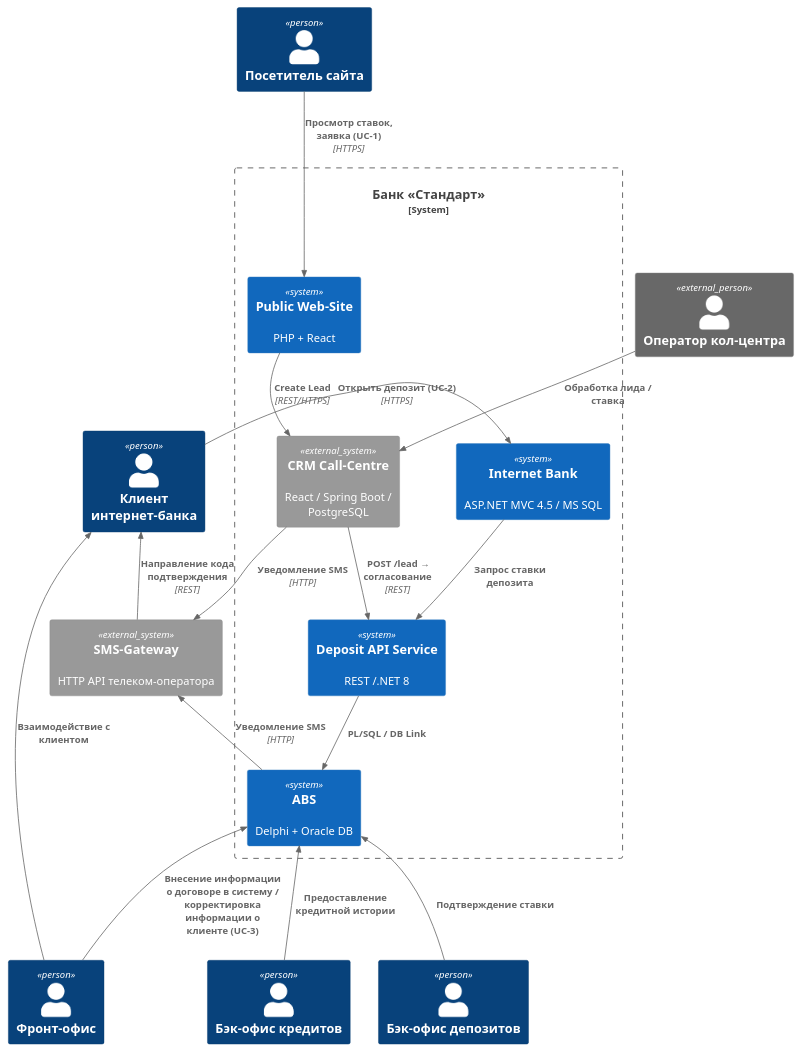
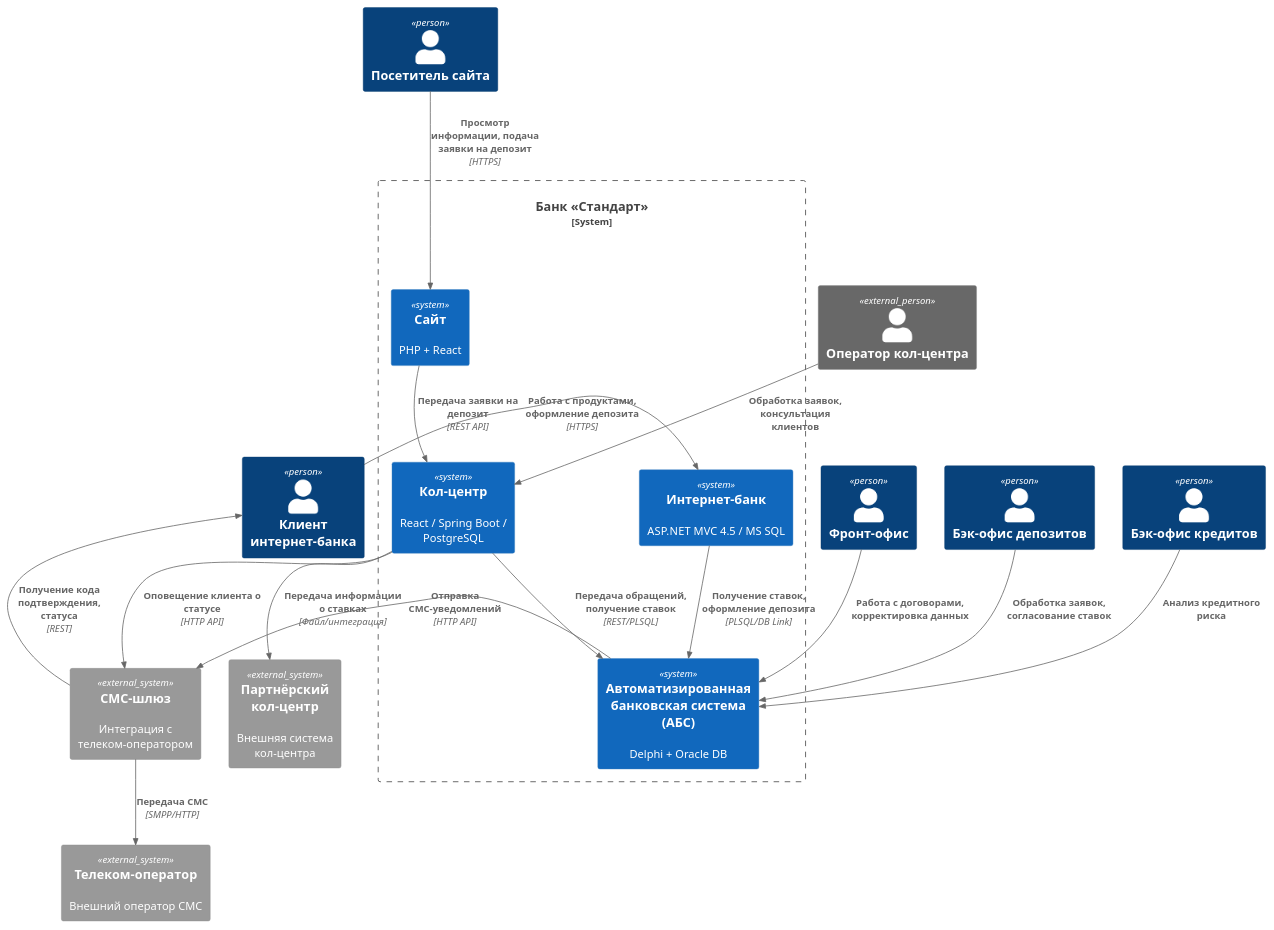
One commit to Ksedline/architecture-standart changed the diagram in Task3/C4_Context.puml. Above: the diagram before and after it, drawn with PlantUML. The commit also changed 1 other file, not shown here.

Commit message:
Update Task3 diagrams

```diff
--- a/Task3/C4_Context.puml
+++ b/Task3/C4_Context.puml
@@ -1,44 +1,37 @@
 @startuml C4_Context.puml
 !include https://raw.githubusercontent.com/RicardoNiepel/C4-PlantUML/master/C4_Context.puml
 
 Person(visitor, "Посетитель сайта")
 Person(client, "Клиент интернет-банка")
 Person_Ext(cc_agent, "Оператор кол-центра")
 Person(fo_dep, "Фронт-офис")
 Person(bo_dep, "Бэк-офис депозитов")
 Person(bo_cred, "Бэк-офис кредитов")
 
-System_Ext(sms, "SMS-Gateway", "HTTP API телеком-оператора")
+System_Ext(sms_gateway, "СМС-шлюз", "Интеграция с телеком-оператором")
+System_Ext(telecom, "Телеком-оператор", "Внешний оператор СМС")
+System_Ext(partner_cc, "Партнёрский кол-центр", "Внешняя система кол-центра")
 
 System_Boundary(bank, "Банк «Стандарт»") {
-  System(internet_bank, "Internet Bank", "ASP.NET MVC 4.5 / MS SQL")
-  System(site, "Public Web-Site", "PHP + React")
-  System_Ext(crm, "CRM Call-Centre", "React / Spring Boot / PostgreSQL")
-  System(deposit_api, "Deposit API Service", "REST /.NET 8")
-  System(abs, "ABS", "Delphi + Oracle DB")
+  System(internet_bank, "Интернет-банк", "ASP.NET MVC 4.5 / MS SQL")
+  System(site, "Сайт", "PHP + React")
+  System(cc, "Кол-центр", "React / Spring Boot / PostgreSQL")
+  System(abs, "Автоматизированная банковская система (АБС)", "Delphi + Oracle DB")
 }
 
-Rel(visitor, site, "Просмотр ставок, заявка (UC-1)", "HTTPS")
-Rel(site, crm, "Create Lead", "REST/HTTPS")
-Rel(cc_agent, crm, "Обработка лида / ставка")
-
-Rel(crm, deposit_api, "POST /lead → согласование", "REST")
-
-Rel_L(client, internet_bank, "Открыть депозит (UC-2)", "HTTPS")
-Rel_D(internet_bank, deposit_api, "Запрос ставки депозита")
-
-Rel(deposit_api, abs, "PL/SQL / DB Link")
-
-Rel_U(bo_dep, abs, "Подтверждение ставки")
-
-Rel_U(bo_cred, abs, "Предоставление кредитной истории")
-
-Rel_U(fo_dep, abs, "Внесение информации о договоре в систему / корректировка информации о клиенте (UC-3)")
-
-Rel_U(fo_dep, client, "Взаимодействие с клиентом")
-
-Rel_L(abs, sms, "Уведомление SMS", "HTTP")
-Rel_L(crm, sms, "Уведомление SMS", "HTTP")
-Rel_U(sms, client, "Направление кода подтверждения", "REST")
+Rel(visitor, site, "Просмотр информации, подача заявки на депозит", "HTTPS")
+Rel(site, cc, "Передача заявки на депозит", "REST API")
+Rel(cc_agent, cc, "Обработка заявок, консультация клиентов")
+Rel(cc, abs, "Передача обращений, получение ставок", "REST/PLSQL")
+Rel_L(client, internet_bank, "Работа с продуктами, оформление депозита", "HTTPS")
+Rel_D(internet_bank, abs, "Получение ставок, оформление депозита", "PLSQL/DB Link")
+Rel(bo_dep, abs, "Обработка заявок, согласование ставок")
+Rel(bo_cred, abs, "Анализ кредитного риска")
+Rel(fo_dep, abs, "Работа с договорами, корректировка данных")
+Rel_L(abs, sms_gateway, "Отправка СМС-уведомлений", "HTTP API")
+Rel_L(cc, sms_gateway, "Оповещение клиента о статусе", "HTTP API")
+Rel_U(sms_gateway, client, "Получение кода подтверждения, статуса", "REST")
+Rel(sms_gateway, telecom, "Передача СМС", "SMPP/HTTP")
+Rel(cc, partner_cc, "Передача информации о ставках", "Файл/интеграция")
 
 @enduml
```
